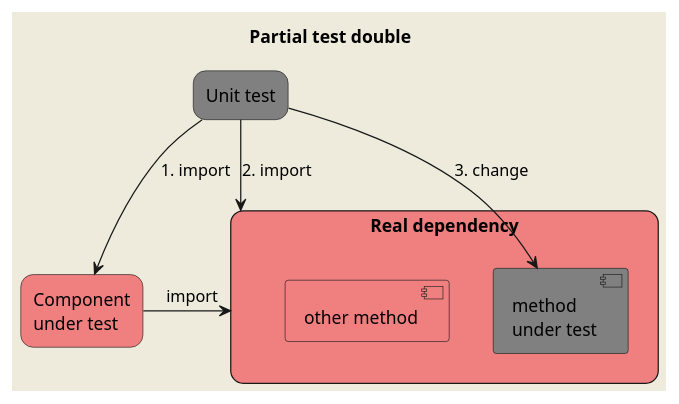
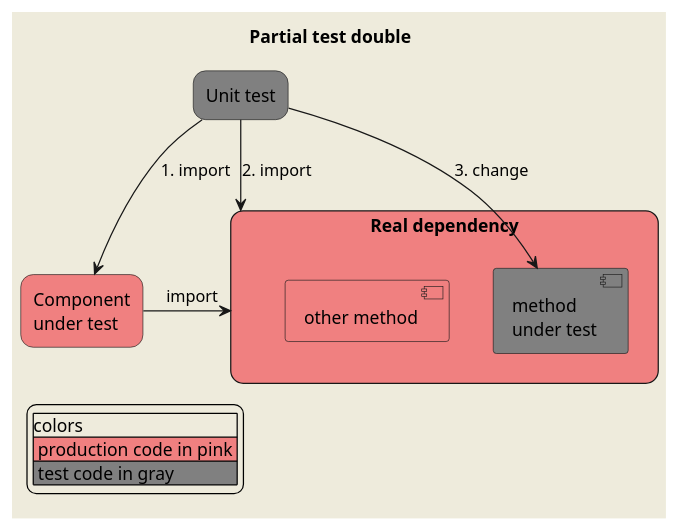
Before and after one commit to JulienRobberechts/nodejs-test-double-guide: the diagram in _schemas/test-double-partial.puml, drawn with PlantUML. The commit also changed 6 other files, not shown here.

Commit message:
update schemas

```diff
--- a/_schemas/test-double-partial.puml
+++ b/_schemas/test-double-partial.puml
@@ -2,26 +2,32 @@
 @startuml
 skinparam backgroundColor #EEEBDC
 
 title
   Partial test double
 end title
 
 skinparam rectangle {
     roundCorner 20
 }
 
 rectangle "Unit test" as UnitTest #gray
 
 rectangle "Component\nunder test" as cut #LightCoral
 
 rectangle "Real dependency" as RealDependency #LightCoral {
   component "method\nunder test" as RealDependencyMut #gray
   component "other method" as RealDependencyOtherMethod #LightCoral
 }
 
 UnitTest --> cut: 1. import
 UnitTest --> RealDependency: 2. import
 cut -> RealDependency: import
 UnitTest -> RealDependencyMut: 3. change
 
+legend left
+|colors|
+|<#LightCoral> production code in pink |
+|<#gray> test code in gray |
+endlegend
+
 @enduml
```
